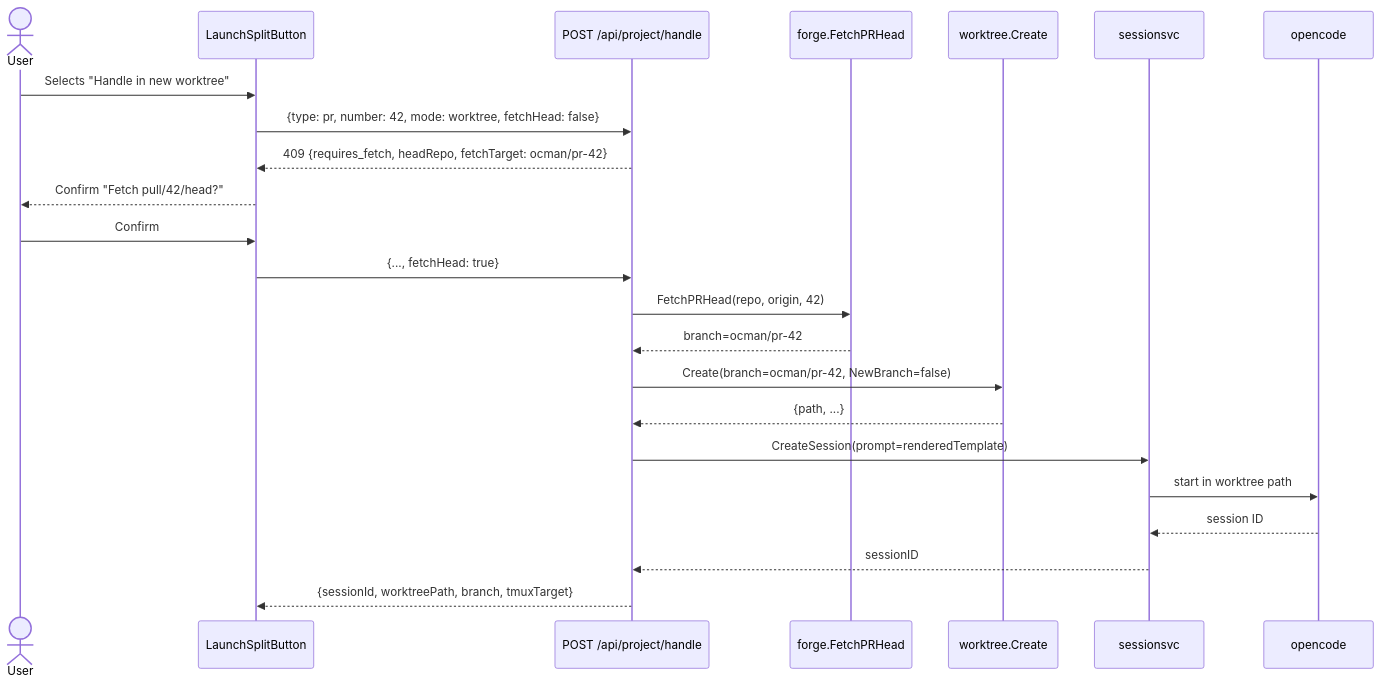
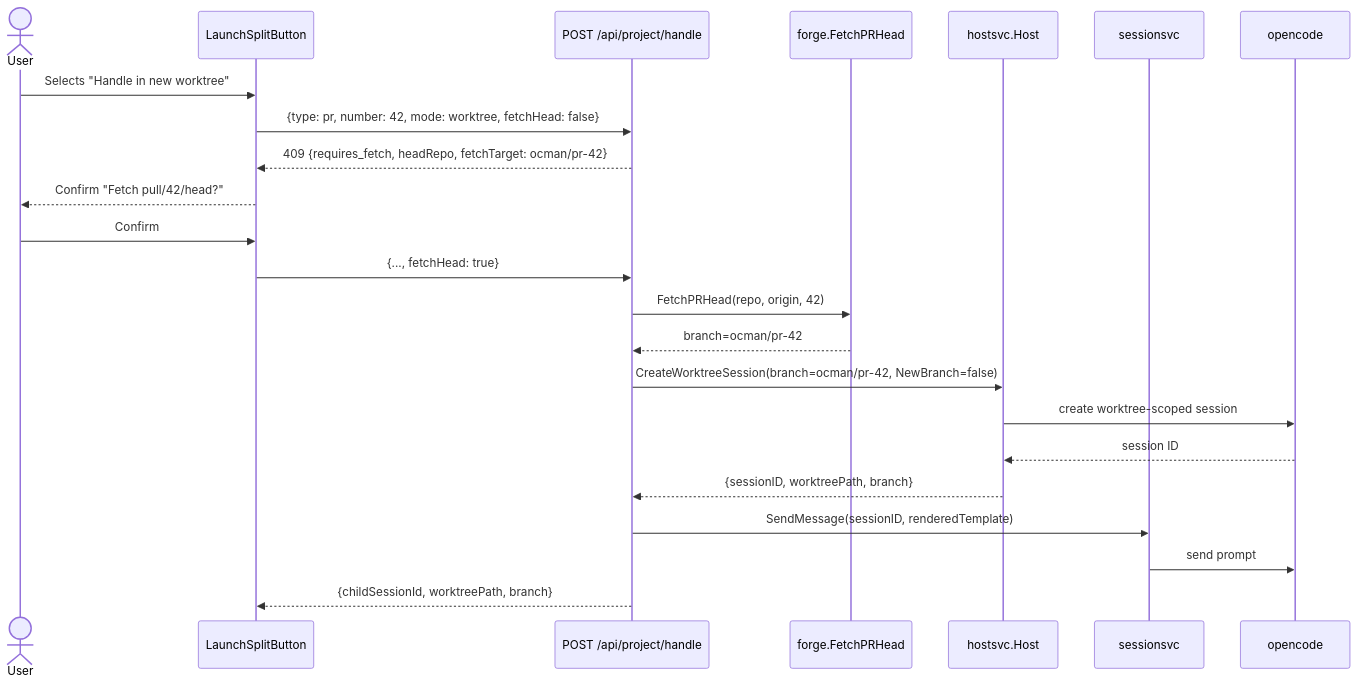
One commit to ocman/ocman changed the sixth of 7 diagrams in spec/pr-issue-sidebar/architecture.md. Above: the diagram before and after it, drawn with Mermaid. The commit also changed other lines of this file and 19 other files, not shown here.

````diff
--- a/spec/pr-issue-sidebar/architecture.md
+++ b/spec/pr-issue-sidebar/architecture.md
@@ -824,26 +824,26 @@
 ```mermaid
 sequenceDiagram
     actor User
     participant FE as LaunchSplitButton
     participant H as POST /api/project/handle
     participant F as forge.FetchPRHead
-    participant W as worktree.Create
+    participant Host as hostsvc.Host
     participant SS as sessionsvc
     participant OC as opencode
 
     User->>FE: Selects "Handle in new worktree"
     FE->>H: {type: pr, number: 42, mode: worktree, fetchHead: false}
     H-->>FE: 409 {requires_fetch, headRepo, fetchTarget: ocman/pr-42}
     FE-->>User: Confirm "Fetch pull/42/head?"
     User->>FE: Confirm
     FE->>H: {..., fetchHead: true}
     H->>F: FetchPRHead(repo, origin, 42)
     F-->>H: branch=ocman/pr-42
-    H->>W: Create(branch=ocman/pr-42, NewBranch=false)
-    W-->>H: {path, ...}
-    H->>SS: CreateSession(prompt=renderedTemplate)
-    SS->>OC: start in worktree path
-    OC-->>SS: session ID
-    SS-->>H: sessionID
-    H-->>FE: {sessionId, worktreePath, branch, tmuxTarget}
+    H->>Host: CreateWorktreeSession(branch=ocman/pr-42, NewBranch=false)
+    Host->>OC: create worktree-scoped session
+    OC-->>Host: session ID
+    Host-->>H: {sessionID, worktreePath, branch}
+    H->>SS: SendMessage(sessionID, renderedTemplate)
+    SS->>OC: send prompt
+    H-->>FE: {childSessionId, worktreePath, branch}
 ```
````
